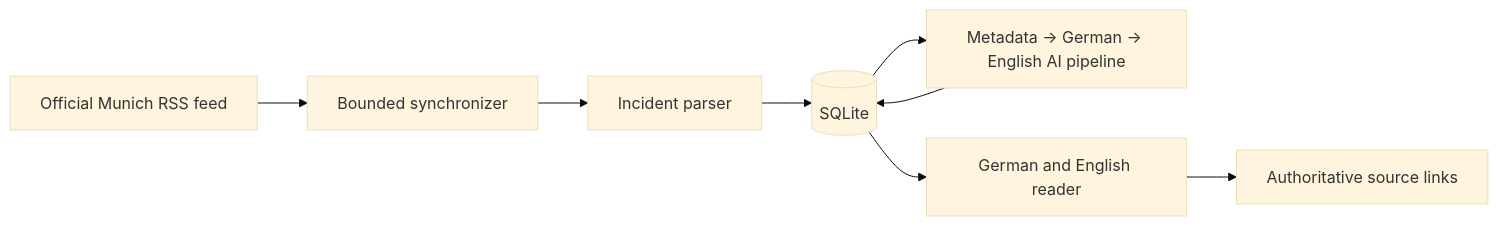
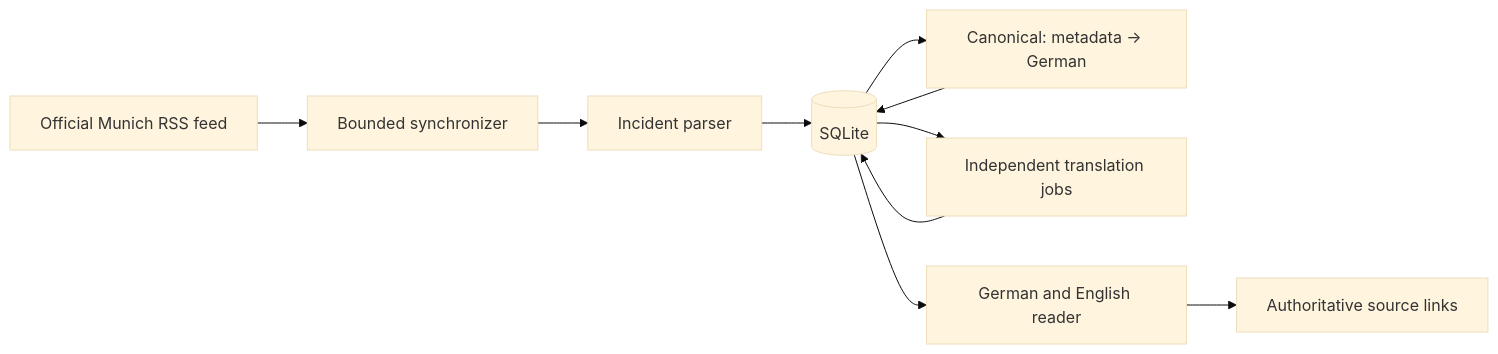
One commit to egekocabas/munichbrief changed the diagram in README.md. Above: the diagram before and after it, drawn with Mermaid (base theme). The commit also changed other lines of this file and 5 other files, not shown here.

Commit message:
docs: document independent translation rollout

````diff
--- a/README.md
+++ b/README.md
@@ -67,10 +67,12 @@
 ```mermaid
 flowchart LR
     RSS["Official Munich RSS feed"] --> Sync["Bounded synchronizer"]
     Sync --> Parser["Incident parser"]
     Parser --> DB[("SQLite")]
-	DB --> Pipeline["Metadata → German → English AI pipeline"]
+	DB --> Pipeline["Canonical: metadata → German"]
     Pipeline --> DB
+	DB --> Translation["Independent translation jobs"]
+	Translation --> DB
     DB --> Reader["German and English reader"]
     Reader --> Source["Authoritative source links"]
 ```
````
